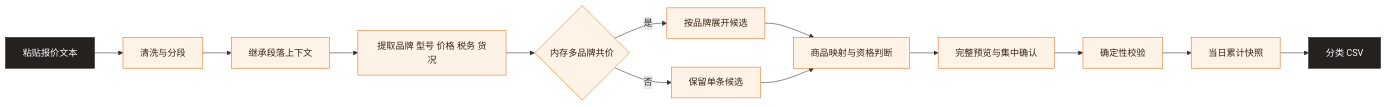
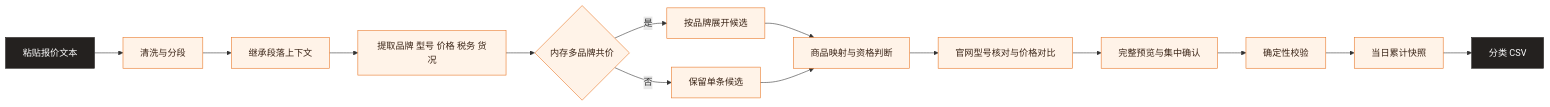
Before and after one commit to liukun-cpdd/wechat-quote-extractor: the diagram in README.md, drawn with Mermaid. The commit also changed other lines of this file and 6 other files, not shown here.

````diff
--- a/README.md
+++ b/README.md
@@ -36,20 +37,21 @@
 ```mermaid
 flowchart LR
     A[粘贴报价文本] --> B[清洗与分段]
     B --> C[继承段落上下文]
     C --> D[提取品牌 型号 价格 税务 货况]
     D --> E{内存多品牌共价}
     E -- 是 --> F[按品牌展开候选]
     E -- 否 --> G[保留单条候选]
     F --> H[商品映射与资格判断]
     G --> H
-    H --> I[完整预览与集中确认]
+    H --> M[官网型号核对与价格对比]
+    M --> I[完整预览与集中确认]
     I --> J[确定性校验]
     J --> K[当日累计快照]
     K --> L[分类 CSV]
 
     classDef warm fill:#FFF3E8,stroke:#E87524,color:#3A2416
     classDef dark fill:#24211F,stroke:#24211F,color:#FFFFFF
     class A,L dark
-    class B,C,D,E,F,G,H,I,J,K warm
+    class B,C,D,E,F,G,H,I,J,K,M warm
 ```
````
